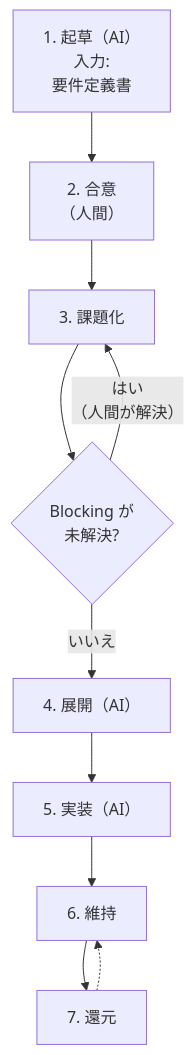
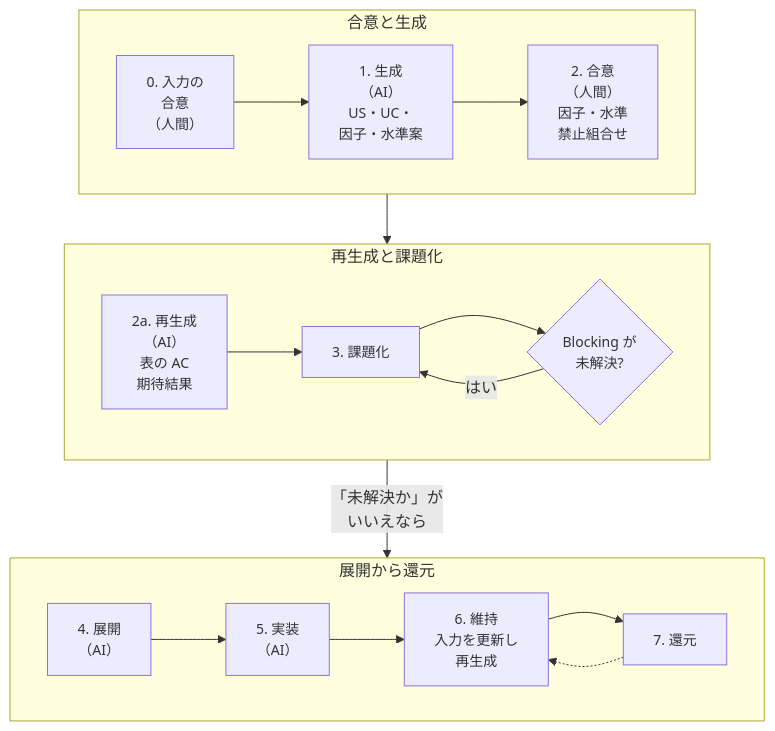
One commit to toshio-shiratori/harness-test-strategy changed the fourth of 4 diagrams in docs/testing/03-trs-guideline.md. Above: the diagram before and after it, drawn with Mermaid. The commit also changed other lines of this file and 8 other files, not shown here.

````diff
--- a/docs/testing/03-trs-guideline.md
+++ b/docs/testing/03-trs-guideline.md
@@ -313,15 +420,30 @@
 ```mermaid
 flowchart TB
-  S1["1. 起草（AI）<br/>入力:<br/>要件定義書"]
-  S2["2. 合意<br/>（人間）"]
-  S3["3. 課題化"]
-  G{"Blocking が<br/>未解決?"}
-  S4["4. 展開（AI）"]
-  S5["5. 実装（AI）"]
-  S6["6. 維持"]
-  S7["7. 還元"]
-  S1 --> S2 --> S3 --> G
-  G -- "はい<br/>（人間が解決）" --> S3
-  G -- "いいえ" --> S4 --> S5 --> S6 --> S7
-  S7 -.-> S6
+  classDef default font-size:14px
+  subgraph A["合意と生成"]
+    direction LR
+    S0["0. 入力の<br/>合意<br/>（人間）"]
+    S1["1. 生成<br/>（AI）<br/>US・UC・<br/>因子・水準案"]
+    S2["2. 合意<br/>（人間）<br/>因子・水準<br/>禁止組合せ"]
+    S0 --> S1 --> S2
+  end
+  subgraph B["再生成と課題化"]
+    direction LR
+    S2a["2a. 再生成<br/>（AI）<br/>表の AC<br/>期待結果"]
+    S3["3. 課題化"]
+    G{"Blocking が<br/>未解決?"}
+    S2a --> S3 --> G
+    G -- "はい" --> S3
+  end
+  subgraph C["展開から還元"]
+    direction LR
+    S4["4. 展開<br/>（AI）"]
+    S5["5. 実装<br/>（AI）"]
+    S6["6. 維持<br/>入力を更新し<br/>再生成"]
+    S7["7. 還元"]
+    S4 --> S5 --> S6 --> S7
+    S7 -.-> S6
+  end
+  A --> B
+  B -- "「未解決か」が<br/>いいえなら" --> C
 ```
````
